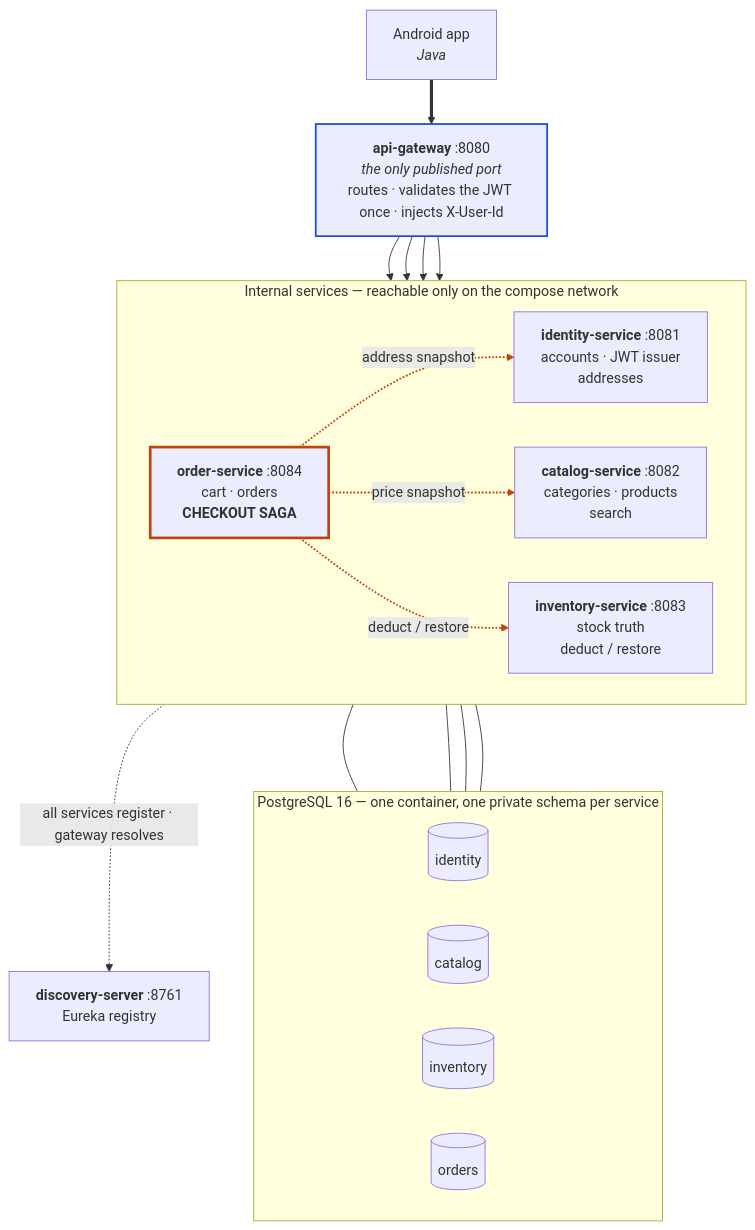
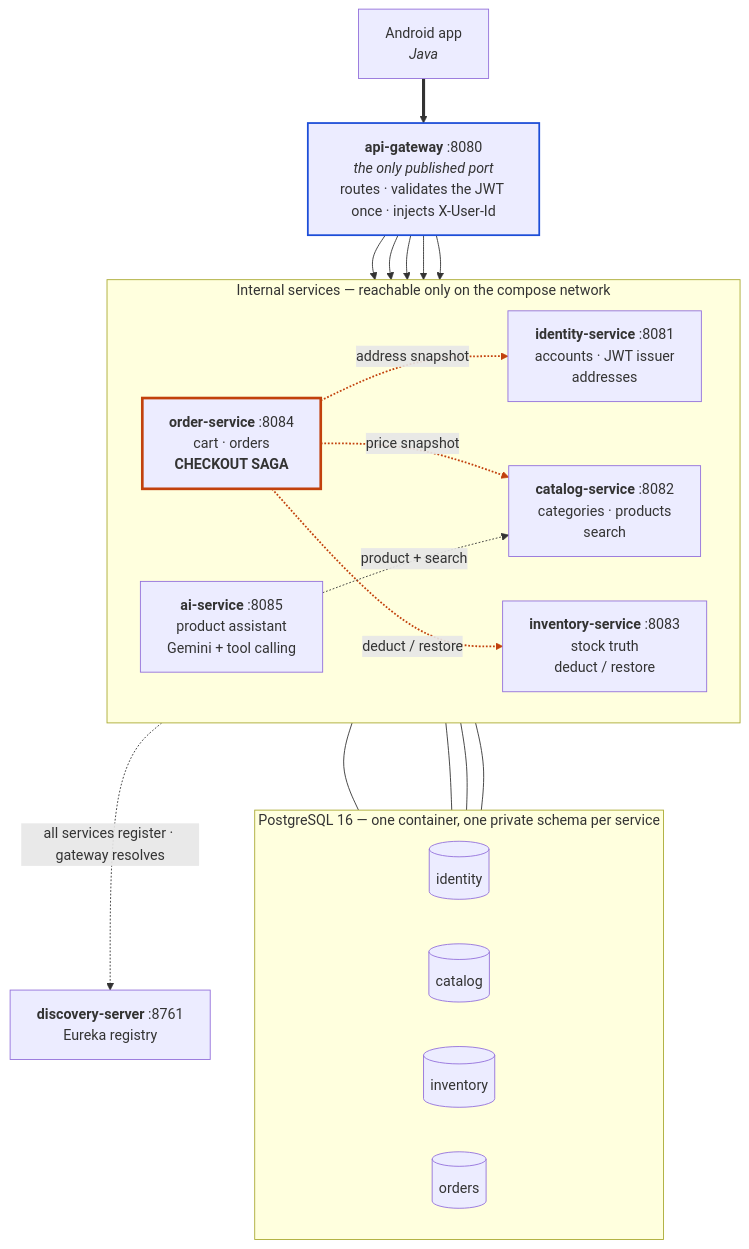
Before and after one commit to eddyIE/techies: the diagram in README.md, drawn with Mermaid. The commit also changed other lines of this file and 24 other files, not shown here.

First line of the commit message:
Add a Gemini-backed product assistant

````diff
--- a/README.md
+++ b/README.md
@@ -10,50 +10,56 @@
 ```mermaid
 %% name: architecture
 flowchart TB
     mobile["Android app<br/><i>Java</i>"]
     gw["<b>api-gateway</b> :8080<br/><i>the only published port</i><br/>routes · validates the JWT once · injects X-User-Id"]
 
     subgraph internal["Internal services — reachable only on the compose network"]
         direction LR
         identity["<b>identity-service</b> :8081<br/>accounts · JWT issuer<br/>addresses"]
         catalog["<b>catalog-service</b> :8082<br/>categories · products<br/>search"]
         inventory["<b>inventory-service</b> :8083<br/>stock truth<br/>deduct / restore"]
         order["<b>order-service</b> :8084<br/>cart · orders<br/><b>CHECKOUT SAGA</b>"]
+        ai["<b>ai-service</b> :8085<br/>product assistant<br/>Gemini + tool calling"]
     end
 
     subgraph pg["PostgreSQL 16 — one container, one private schema per service"]
         direction LR
         sid[("identity")]
         scat[("catalog")]
         sinv[("inventory")]
         sord[("orders")]
     end
 
     eureka["<b>discovery-server</b> :8761<br/>Eureka registry"]
 
     mobile ==> gw
     gw --> identity
     gw --> catalog
     gw --> inventory
     gw --> order
+    gw --> ai
 
     order -. "address snapshot" .-> identity
     order -. "price snapshot" .-> catalog
     order -. "deduct / restore" .-> inventory
+    ai -. "product + search" .-> catalog
 
     identity --- sid
     catalog --- scat
     inventory --- sinv
     order --- sord
 
     internal -. "all services register · gateway resolves" .-> eureka
 
     %% Stroke-only styling so it stays legible in both light and dark GitHub themes.
     classDef saga stroke:#c2410c,stroke-width:3px
     classDef edge stroke:#1d4ed8,stroke-width:2px
     class order saga
+    class ai svc
     class gw edge
 
-    %% Edges 5-7 are the checkout saga's service-to-service calls.
-    linkStyle 5,6,7 stroke:#c2410c,stroke-width:2px
+    %% The checkout saga's service-to-service calls. These indices count EVERY edge above,
+    %% in source order, so inserting an edge earlier silently recolours the wrong ones —
+    %% re-count after any change to the arrows above.
+    linkStyle 6,7,8 stroke:#c2410c,stroke-width:2px
 ```
````
